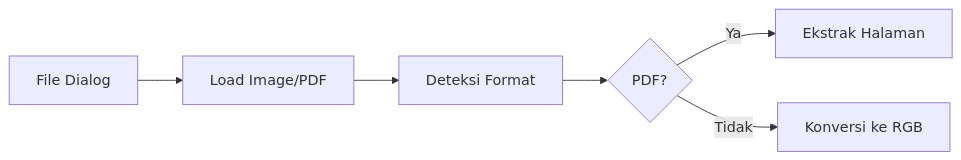
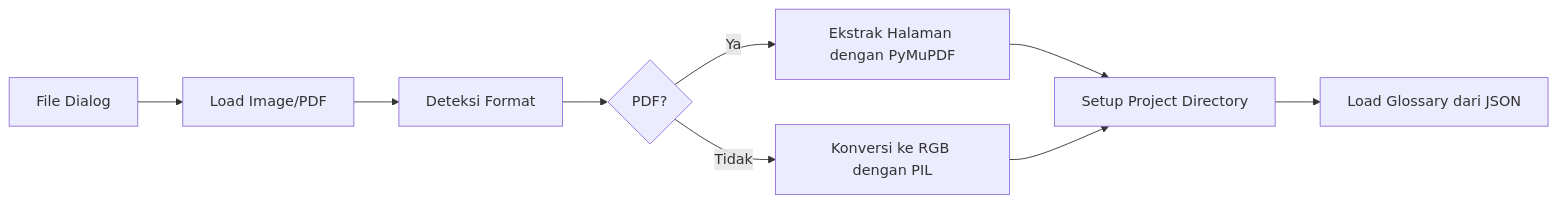
Before and after one commit to irazawa/Manga-OCR: the second of 8 diagrams in README.md, drawn with Mermaid. The commit also changed other lines of this file and 4 other files, not shown here.

````diff
--- a/README.md
+++ b/README.md
@@ -35,6 +33,8 @@
 ```mermaid
 flowchart LR
     A1[File Dialog] --> A2[Load Image/PDF] --> A3[Deteksi Format] --> A4{PDF?}
-    A4 -->|Ya| A5[Ekstrak Halaman]
-    A4 -->|Tidak| A6[Konversi ke RGB]
+    A4 -->|Ya| A5[Ekstrak Halaman dengan PyMuPDF]
+    A4 -->|Tidak| A6[Konversi ke RGB dengan PIL]
+    A5 & A6 --> A7[Setup Project Directory]
+    A7 --> A8[Load Glossary dari JSON]
 ```
````
